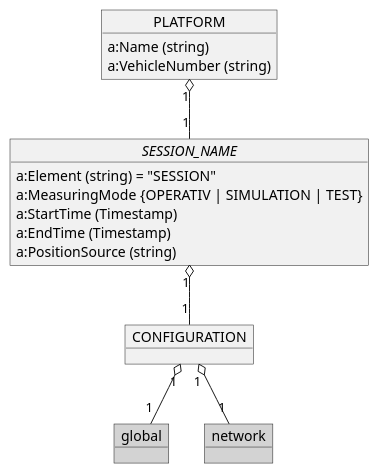
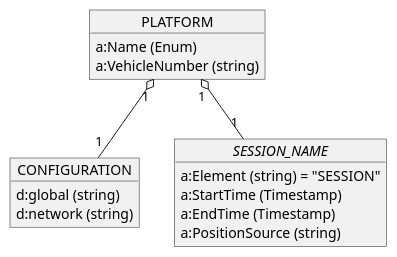
One commit to OpenRailAssociation/rcm-dx changed the third of 12 diagrams in images/RCM-DX_images.puml. Above: the diagram before and after it, drawn with PlantUML. The commit also changed other lines of this file and 22 other files, not shown here.

Commit message:
New Images for group overview and main structure added. Fixed some images and its content.

```diff
--- a/images/RCM-DX_images.puml
+++ b/images/RCM-DX_images.puml
@@ -321,25 +71,24 @@
-@startuml RCM_DX_Platform_overview
+@startuml rcmdx_platform_group
+
+  object PLATFORM {
+    a:Name (Enum)
+    a:VehicleNumber (string)
+  }
+
+  object "CONFIGURATION" as platform_config {
+    d:global (string)
+    d:network (string)
+  }
+
+  PLATFORM "1" o-- "1" platform_config
 
   object "//SESSION_NAME//" as session_name {
     a:Element (string) = "SESSION"
-    a:MeasuringMode {OPERATIV | SIMULATION | TEST}
     a:StartTime (Timestamp)
     a:EndTime (Timestamp)
     a:PositionSource (string)
   }
 
-  object PLATFORM {
-    a:Name (string)
-    a:VehicleNumber (string)
-  }
-
-  object CONFIGURATION
-  object global #LightGray
-  object network #LightGray
-
   PLATFORM "1" o-- "1" session_name
-  session_name "1" o-- "1" CONFIGURATION
-  CONFIGURATION "1" o-- "1" global
-  CONFIGURATION "1" o-- "1" network
 
 @enduml
```
